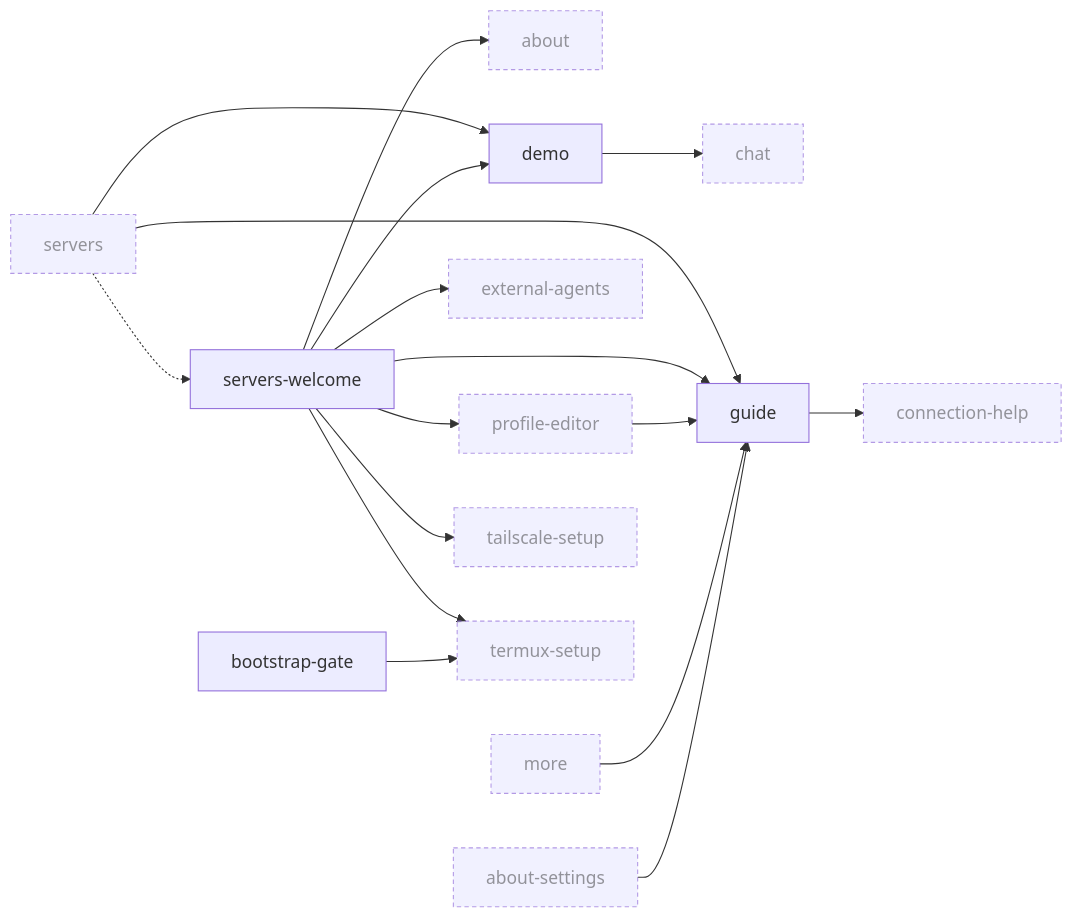
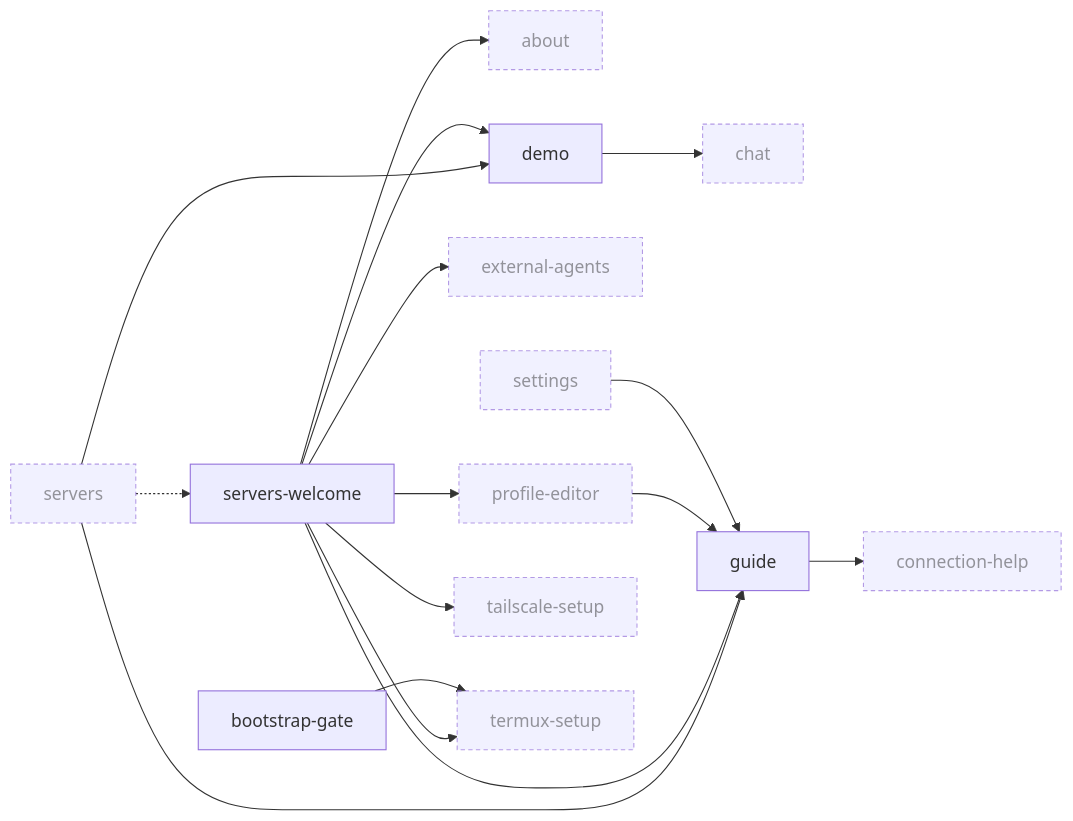
One commit to Breskott/opencode-mobile-next changed the ninth of 10 diagrams in docs/design/ui-ledger/navigation.md. Above: the diagram before and after it, drawn with Mermaid. The commit also changed other lines of this file and 17 other files, not shown here.

````diff
--- a/docs/design/ui-ledger/navigation.md
+++ b/docs/design/ui-ledger/navigation.md
@@ -1253,34 +1242,32 @@
 ```mermaid
 graph LR
   about["about"]:::ext
-  about_settings["about-settings"]:::ext
   bootstrap_gate["bootstrap-gate"]
   chat["chat"]:::ext
   connection_help["connection-help"]:::ext
   demo["demo"]
   external_agents["external-agents"]:::ext
   guide["guide"]
-  more["more"]:::ext
   profile_editor["profile-editor"]:::ext
   servers["servers"]:::ext
   servers_welcome["servers-welcome"]
+  settings["settings"]:::ext
   tailscale_setup["tailscale-setup"]:::ext
   termux_setup["termux-setup"]:::ext
   demo --> chat
   servers --> guide
   servers --> demo
   servers_welcome --> about
   servers_welcome --> guide
   servers_welcome --> profile_editor
   servers_welcome --> demo
   servers_welcome --> termux_setup
   servers_welcome --> tailscale_setup
   servers_welcome --> external_agents
   profile_editor --> guide
-  more --> guide
-  about_settings --> guide
+  settings --> guide
   guide --> connection_help
   servers -.-> servers_welcome
   bootstrap_gate --> termux_setup
   classDef ext stroke-dasharray: 4 3,opacity:0.7
 ```
````
